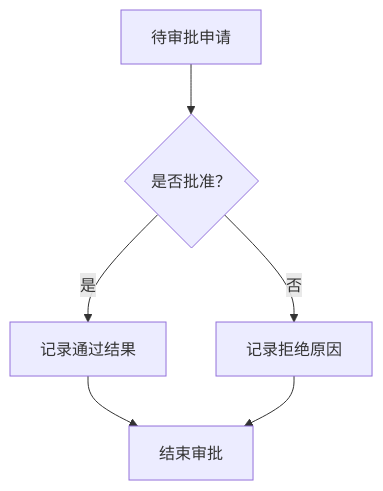
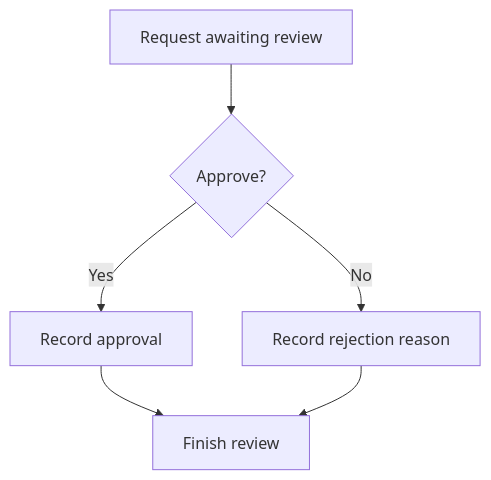
One commit to kobe8bryant24lakers/kobe-agent-kit changed the fourth of 5 diagrams in .agents/skills/software-design/references/views.md. Above: the diagram before and after it, drawn with Mermaid. The commit also changed other lines of this file and 9 other files, not shown here.

````diff
--- a/.agents/skills/software-design/references/views.md
+++ b/.agents/skills/software-design/references/views.md
@@ -86,8 +88,8 @@
 ```mermaid
 flowchart TD
-    A["待审批申请"] --> B{"是否批准？"}
-    B -->|是| C["记录通过结果"]
-    B -->|否| D["记录拒绝原因"]
-    C --> E["结束审批"]
+    A["Request awaiting review"] --> B{"Approve?"}
+    B -->|Yes| C["Record approval"]
+    B -->|No| D["Record rejection reason"]
+    C --> E["Finish review"]
     D --> E
 ```
````
